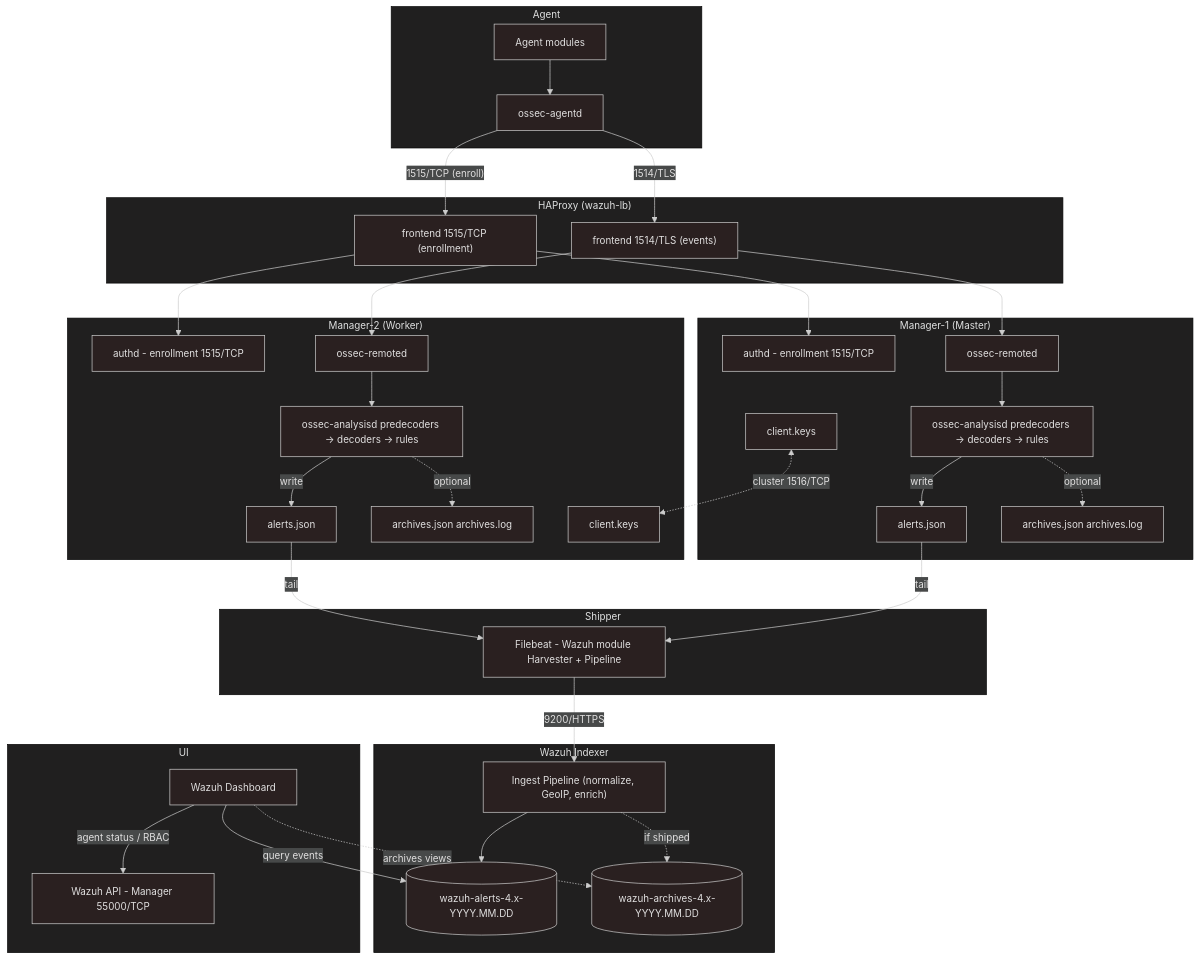
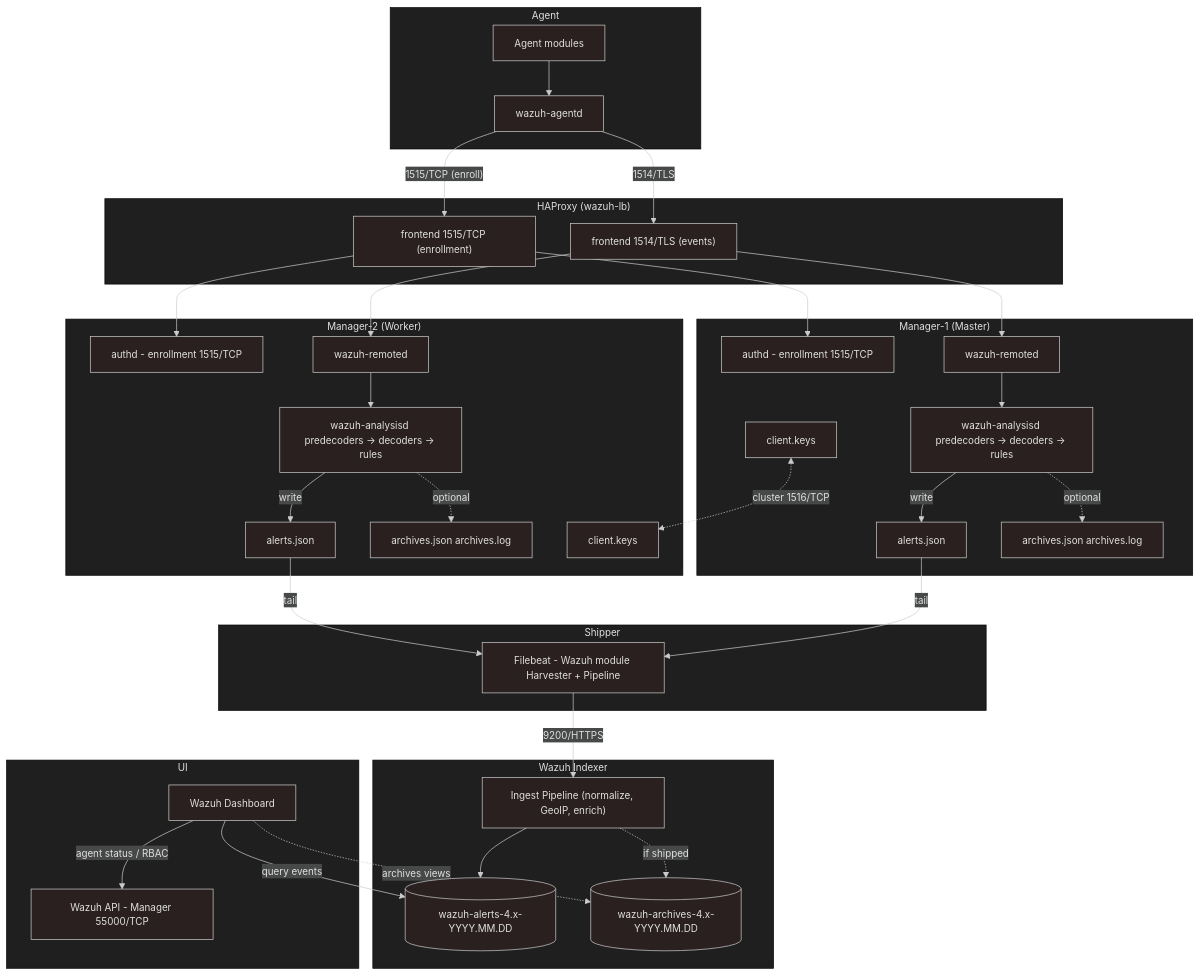
The second of 2 diagrams in README.md (matigarciadev/wazuh-docker), drawn with Mermaid before and after one commit. The commit also changed other lines of this file, not shown here.

```diff
--- a/README.md
+++ b/README.md
@@ -1413,7 +1413,7 @@
   %% Two-node Wazuh with HAProxy
   subgraph A["Agent"]
     A1["Agent modules"]
-    A2["ossec-agentd"]
+    A2["wazuh-agentd"]
   end
 
   subgraph LB["HAProxy (wazuh-lb)"]
@@ -1423,8 +1423,8 @@
 
   subgraph M1["Manager-1 (Master)"]
     M10["authd - enrollment 1515/TCP"]
-    M11["ossec-remoted"]
-    M12["ossec-analysisd predecoders → decoders → rules"]
+    M11["wazuh-remoted"]
+    M12["wazuh-analysisd predecoders → decoders → rules"]
     M13["alerts.json"]
     M14["archives.json archives.log"]
     M1K["client.keys"]
@@ -1432,8 +1432,8 @@
 
   subgraph M2["Manager-2 (Worker)"]
     M20["authd - enrollment 1515/TCP"]
-    M21["ossec-remoted"]
-    M22["ossec-analysisd predecoders → decoders → rules"]
+    M21["wazuh-remoted"]
+    M22["wazuh-analysisd predecoders → decoders → rules"]
     M23["alerts.json"]
     M24["archives.json archives.log"]
     M2K["client.keys"]
```
